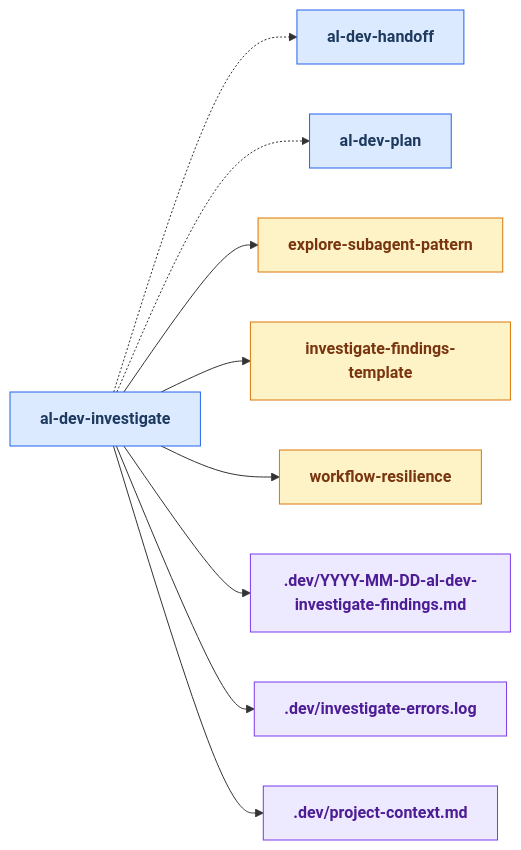
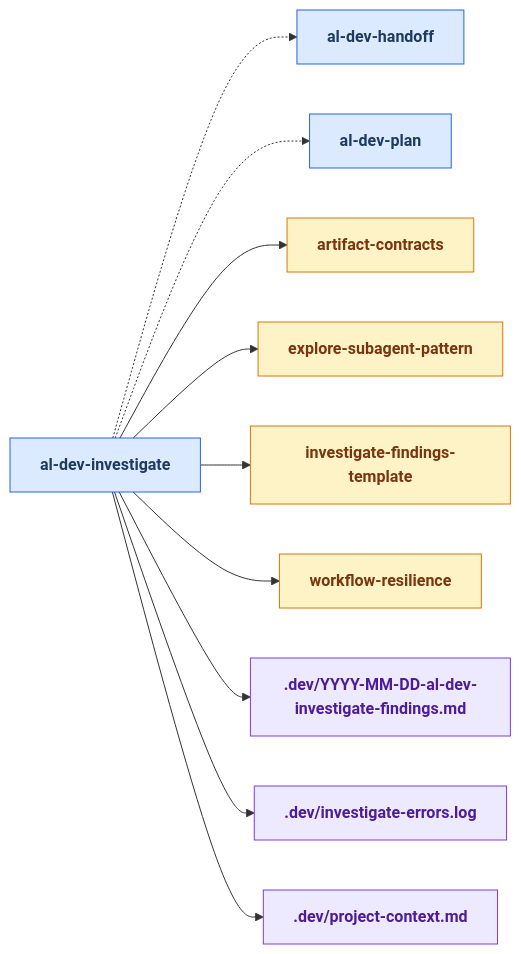
One commit to russell-laing/al-dev-shared changed the fourth of 25 diagrams in docs/al-dev-skills-map.md. Above: the diagram before and after it, drawn with Mermaid. The commit also changed other lines of this file and 3 other files, not shown here.

````diff
--- a/docs/al-dev-skills-map.md
+++ b/docs/al-dev-skills-map.md
@@ -190,37 +190,40 @@
 ```mermaid
 flowchart LR
     classDef skillNode fill:#dbeafe,stroke:#2563eb,color:#1e3a5f,font-weight:bold
     classDef agentNode fill:#d1fae5,stroke:#059669,color:#064e3b,font-weight:bold
     classDef knowledgeNode fill:#fef3c7,stroke:#d97706,color:#78350f,font-weight:bold
     classDef artifactNode fill:#ede9fe,stroke:#7c3aed,color:#4c1d95,font-weight:bold
     classDef phaseNode fill:#e0e7ff,stroke:#6366f1,color:#312e81,font-weight:bold
 
     skill_al_dev_investigate[al-dev-investigate]
     skill_al_dev_handoff[al-dev-handoff]
     skill_al_dev_plan[al-dev-plan]
+    knowledge_artifact_contracts_md[artifact-contracts]
     knowledge_explore_subagent_pattern_md[explore-subagent-pattern]
     knowledge_investigate_findings_template_md[investigate-findings-template]
     knowledge_workflow_resilience_md[workflow-resilience]
     artifact_YYYY_MM_DD_al_dev_investigate_findings_md[.dev/YYYY-MM-DD-al-dev-investigate-findings.md]
     artifact_investigate_errors_log[.dev/investigate-errors.log]
     artifact_project_context_md[.dev/project-context.md]
 
     skill_al_dev_investigate -.-> skill_al_dev_handoff
     skill_al_dev_investigate -.-> skill_al_dev_plan
+    skill_al_dev_investigate --> knowledge_artifact_contracts_md
     skill_al_dev_investigate --> knowledge_explore_subagent_pattern_md
     skill_al_dev_investigate --> knowledge_investigate_findings_template_md
     skill_al_dev_investigate --> knowledge_workflow_resilience_md
     skill_al_dev_investigate --> artifact_YYYY_MM_DD_al_dev_investigate_findings_md
     skill_al_dev_investigate --> artifact_investigate_errors_log
     skill_al_dev_investigate --> artifact_project_context_md
 
     class skill_al_dev_investigate skillNode
     class skill_al_dev_handoff skillNode
     class skill_al_dev_plan skillNode
+    class knowledge_artifact_contracts_md knowledgeNode
     class knowledge_explore_subagent_pattern_md knowledgeNode
     class knowledge_investigate_findings_template_md knowledgeNode
     class knowledge_workflow_resilience_md knowledgeNode
     class artifact_YYYY_MM_DD_al_dev_investigate_findings_md artifactNode
     class artifact_investigate_errors_log artifactNode
     class artifact_project_context_md artifactNode
 ```
````
